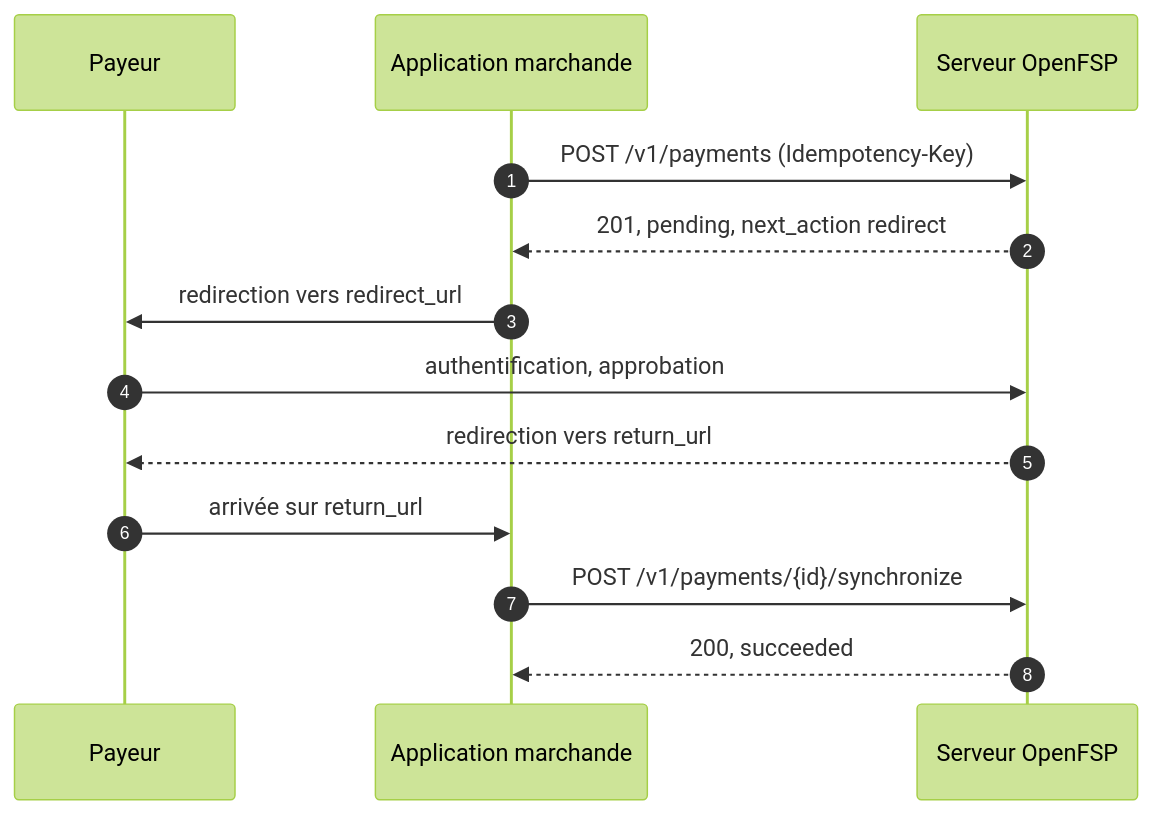
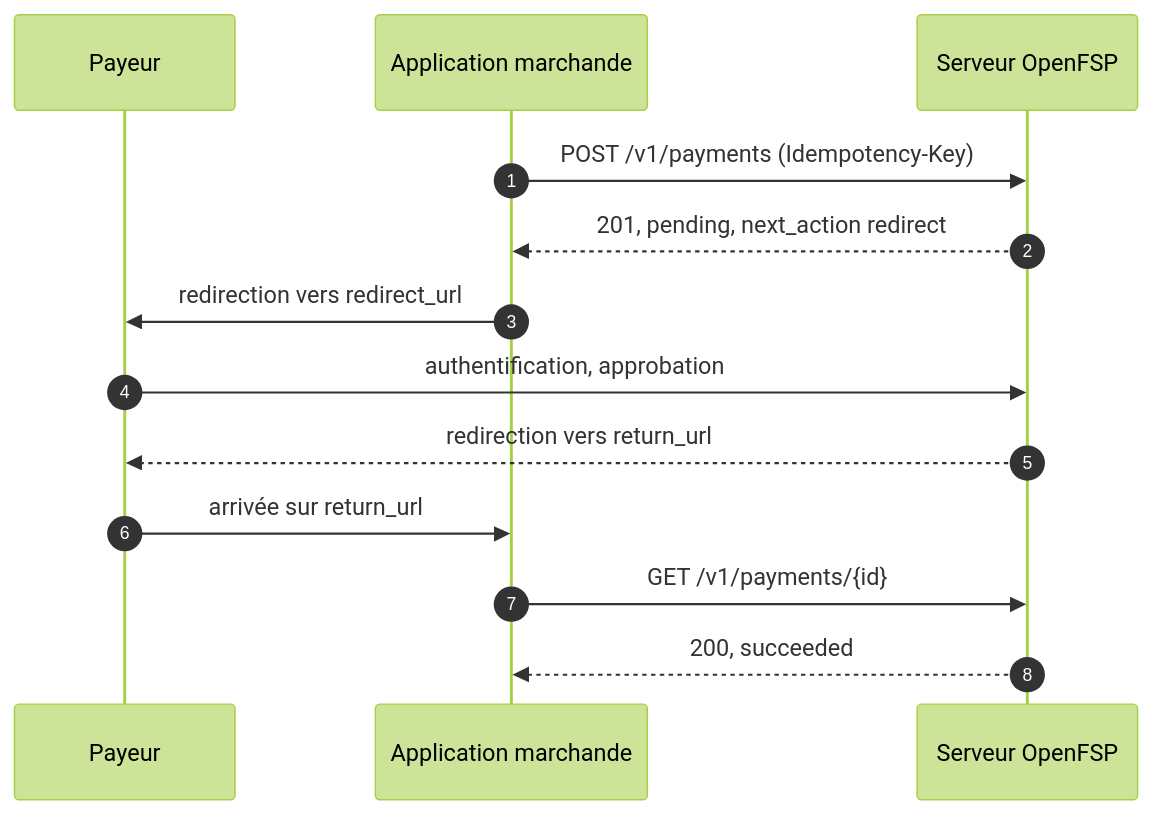
Before and after one commit to openfspht/openfsp.org: the diagram in content/docs/spec/payments-api.mdx, drawn with Mermaid (forest theme). The commit also changed other lines of this file and 19 other files, not shown here.

````diff
--- a/content/docs/spec/payments-api.mdx
+++ b/content/docs/spec/payments-api.mdx
@@ -240,16 +224,16 @@
 ```mermaid
 sequenceDiagram
     autonumber
     participant P as Payeur
     participant M as Application marchande
     participant S as Serveur OpenFSP
 
     M->>S: POST /v1/payments (Idempotency-Key)
     S-->>M: 201, pending, next_action redirect
     M->>P: redirection vers redirect_url
     P->>S: authentification, approbation
     S-->>P: redirection vers return_url
     P->>M: arrivée sur return_url
-    M->>S: POST /v1/payments/{id}/synchronize
+    M->>S: GET /v1/payments/{id}
     S-->>M: 200, succeeded
 ```
````
